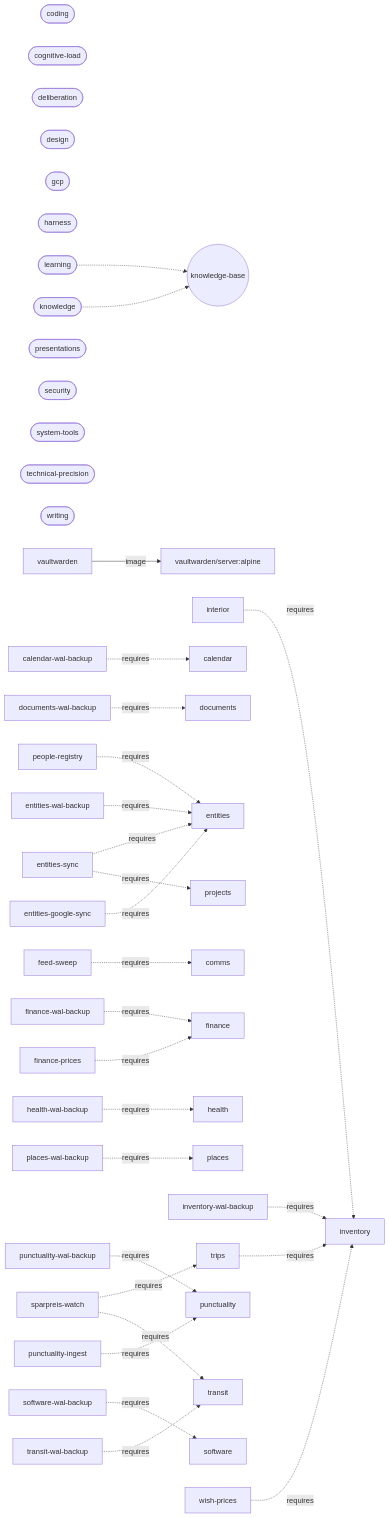
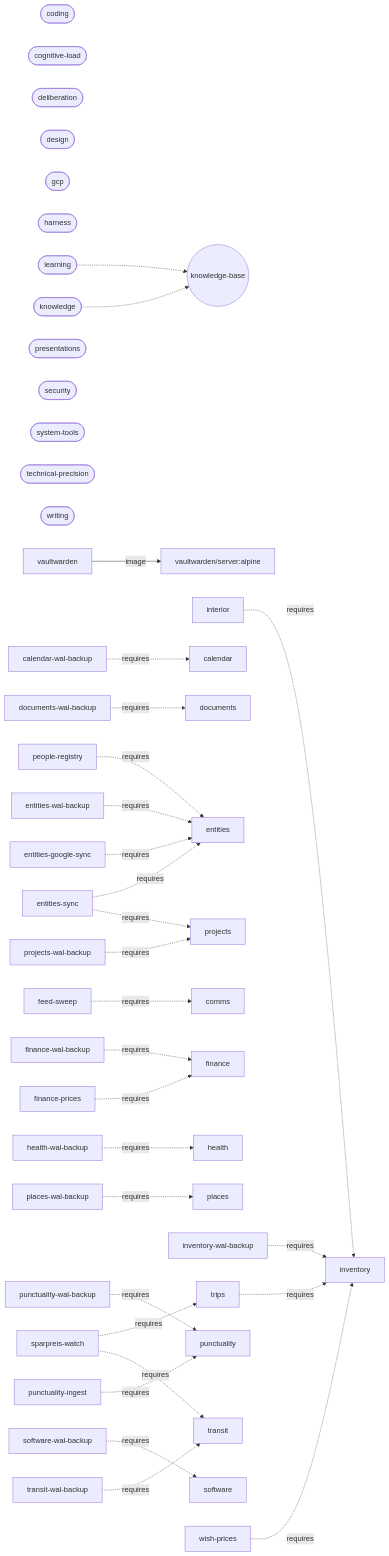
The diagram in ARCHITECTURE.md (larsboes/Sjel), drawn with Mermaid before and after one commit. The commit also changed other lines of this file and 15 other files, not shown here.

First line of the commit message:
Add an opt-in Turso WAL owner store for Projects

````diff
--- a/ARCHITECTURE.md
+++ b/ARCHITECTURE.md
@@ -168,41 +168,42 @@
 ```mermaid
 flowchart LR
   pack_coding(["coding"])
   pack_cognitive_load(["cognitive-load"])
   pack_deliberation(["deliberation"])
   pack_design(["design"])
   pack_gcp(["gcp"])
   pack_harness(["harness"])
   pack_knowledge(["knowledge"])
   pack_knowledge -.-> sys_knowledge_base(("knowledge-base"))
   pack_learning(["learning"])
   pack_learning -.-> sys_knowledge_base(("knowledge-base"))
   pack_presentations(["presentations"])
   pack_security(["security"])
   pack_system_tools(["system-tools"])
   pack_technical_precision(["technical-precision"])
   pack_writing(["writing"])
   cap_vaultwarden["vaultwarden"] -->|image| img_vaultwarden_server["vaultwarden/server:alpine"]
   cap_interior["interior"] -.->|requires| cap_inventory["inventory"]
   cap_trips["trips"] -.->|requires| cap_inventory["inventory"]
   cap_calendar_wal_backup["calendar-wal-backup"] -.->|requires| cap_calendar["calendar"]
   cap_documents_wal_backup["documents-wal-backup"] -.->|requires| cap_documents["documents"]
   cap_entities_google_sync["entities-google-sync"] -.->|requires| cap_entities["entities"]
   cap_entities_sync["entities-sync"] -.->|requires| cap_projects["projects"]
   cap_entities_sync["entities-sync"] -.->|requires| cap_entities["entities"]
   cap_entities_wal_backup["entities-wal-backup"] -.->|requires| cap_entities["entities"]
   cap_feed_sweep["feed-sweep"] -.->|requires| cap_comms["comms"]
   cap_finance_prices["finance-prices"] -.->|requires| cap_finance["finance"]
   cap_finance_wal_backup["finance-wal-backup"] -.->|requires| cap_finance["finance"]
   cap_health_wal_backup["health-wal-backup"] -.->|requires| cap_health["health"]
   cap_inventory_wal_backup["inventory-wal-backup"] -.->|requires| cap_inventory["inventory"]
   cap_people_registry["people-registry"] -.->|requires| cap_entities["entities"]
   cap_places_wal_backup["places-wal-backup"] -.->|requires| cap_places["places"]
+  cap_projects_wal_backup["projects-wal-backup"] -.->|requires| cap_projects["projects"]
   cap_punctuality_ingest["punctuality-ingest"] -.->|requires| cap_punctuality["punctuality"]
   cap_punctuality_wal_backup["punctuality-wal-backup"] -.->|requires| cap_punctuality["punctuality"]
   cap_software_wal_backup["software-wal-backup"] -.->|requires| cap_software["software"]
   cap_sparpreis_watch["sparpreis-watch"] -.->|requires| cap_transit["transit"]
   cap_sparpreis_watch["sparpreis-watch"] -.->|requires| cap_trips["trips"]
   cap_transit_wal_backup["transit-wal-backup"] -.->|requires| cap_transit["transit"]
   cap_wish_prices["wish-prices"] -.->|requires| cap_inventory["inventory"]
 ```
````
